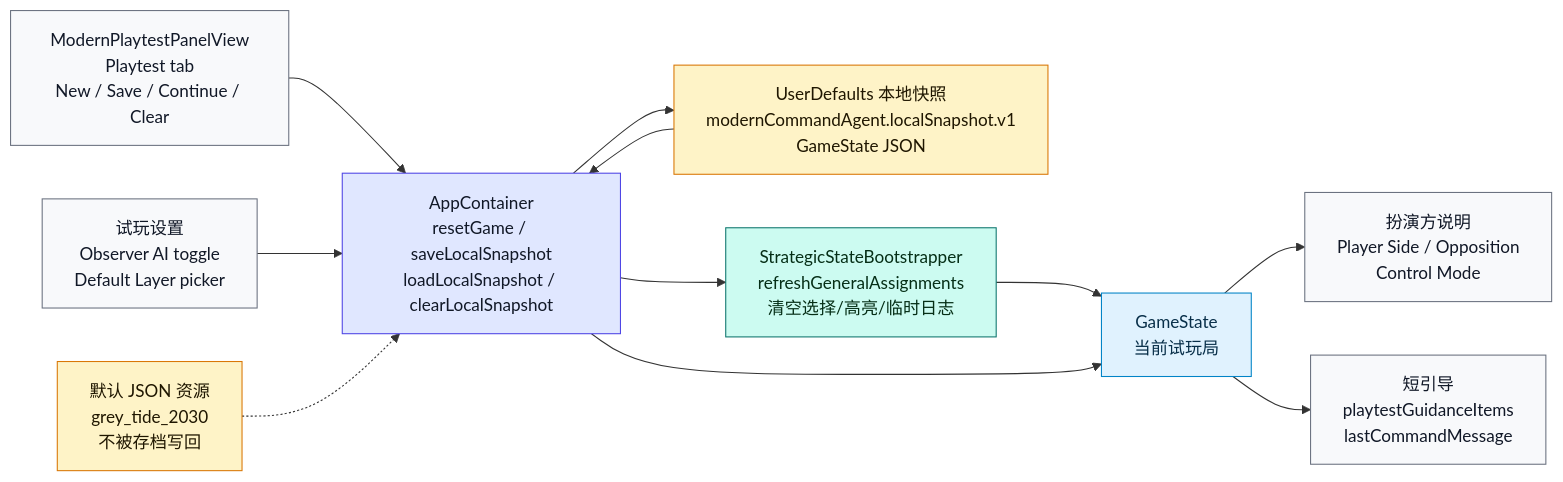
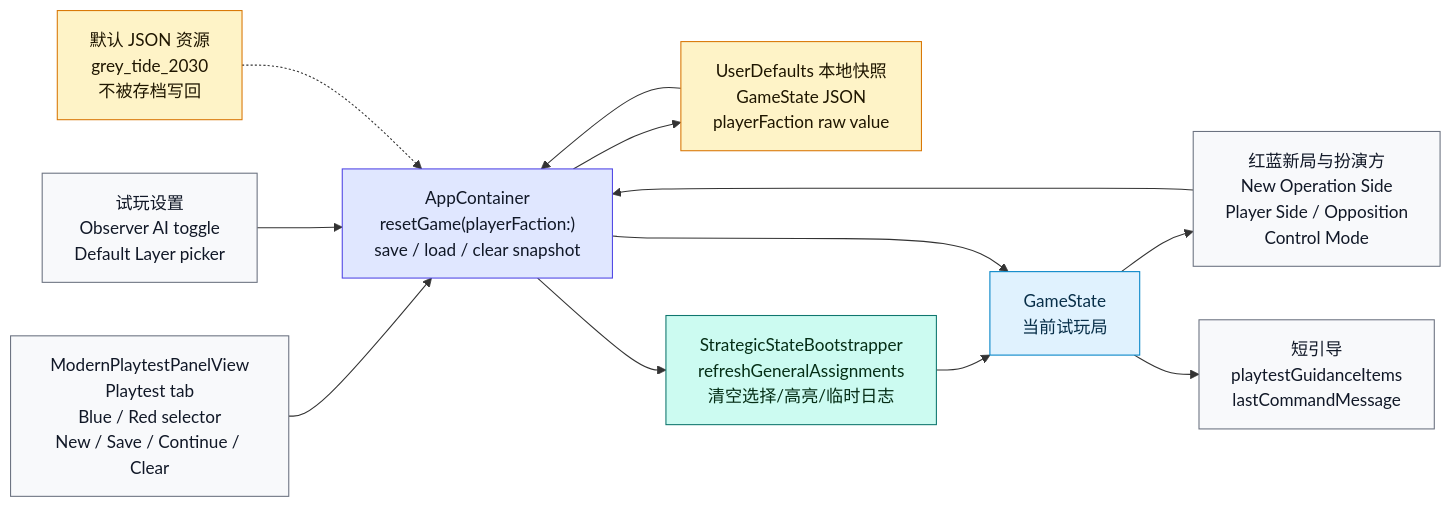
Diagram 11 of 20 in md/flow/flowchart.md (Altman-sam114/127), drawn with Mermaid before and after one commit. The commit also changed other lines of this file and 15 other files, not shown here.

Commit message:
feat: add grey tide side selector

````diff
--- a/md/flow/flowchart.md
+++ b/md/flow/flowchart.md
@@ -321,27 +321,28 @@
 ```mermaid
 flowchart LR
-    UI["ModernPlaytestPanelView<br/>Playtest tab<br/>New / Save / Continue / Clear"]:::display
+    UI["ModernPlaytestPanelView<br/>Playtest tab<br/>Blue / Red selector<br/>New / Save / Continue / Clear"]:::display
     SETTINGS["试玩设置<br/>Observer AI toggle<br/>Default Layer picker"]:::display
-    ROLE["扮演方说明<br/>Player Side / Opposition<br/>Control Mode"]:::display
+    ROLE["红蓝新局与扮演方<br/>New Operation Side<br/>Player Side / Opposition<br/>Control Mode"]:::display
     GUIDE["短引导<br/>playtestGuidanceItems<br/>lastCommandMessage"]:::display
-    APP["AppContainer<br/>resetGame / saveLocalSnapshot<br/>loadLocalSnapshot / clearLocalSnapshot"]:::app
-    SNAP["UserDefaults 本地快照<br/>modernCommandAgent.localSnapshot.v1<br/>GameState JSON"]:::data
+    APP["AppContainer<br/>resetGame(playerFaction:)<br/>save / load / clear snapshot"]:::app
+    SNAP["UserDefaults 本地快照<br/>GameState JSON<br/>playerFaction raw value"]:::data
     BOOT["StrategicStateBootstrapper<br/>refreshGeneralAssignments<br/>清空选择/高亮/临时日志"]:::rules
     STATE["GameState<br/>当前试玩局"]:::state
     RES["默认 JSON 资源<br/>grey_tide_2030<br/>不被存档写回"]:::data
 
     UI --> APP
     SETTINGS --> APP
+    ROLE --> APP
     STATE --> ROLE
     STATE --> GUIDE
     APP --> SNAP
     SNAP --> APP --> BOOT --> STATE
     APP --> STATE
     RES -.-> APP
 
     classDef display fill:#f8f9fb,stroke:#6b7280,color:#111827
     classDef app fill:#e0e7ff,stroke:#4f46e5,color:#111827
     classDef data fill:#fef3c7,stroke:#d97706,color:#1f1600
     classDef rules fill:#ccfbf1,stroke:#0f766e,color:#052e16
     classDef state fill:#e0f2fe,stroke:#0284c7,color:#082f49
 ```
````
